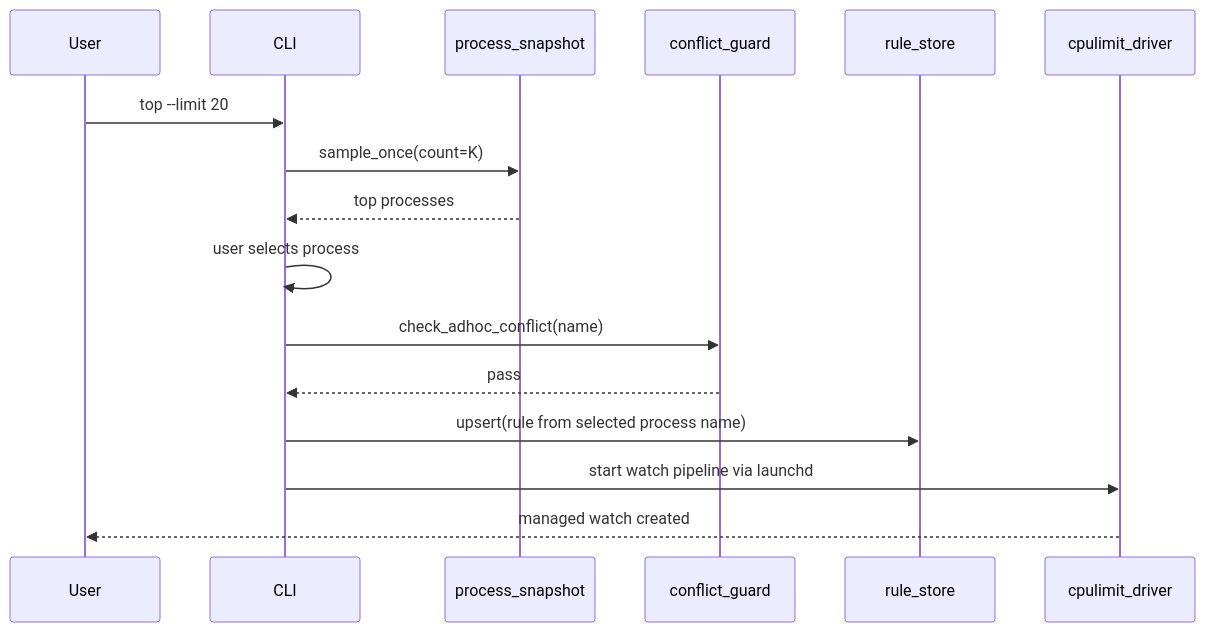
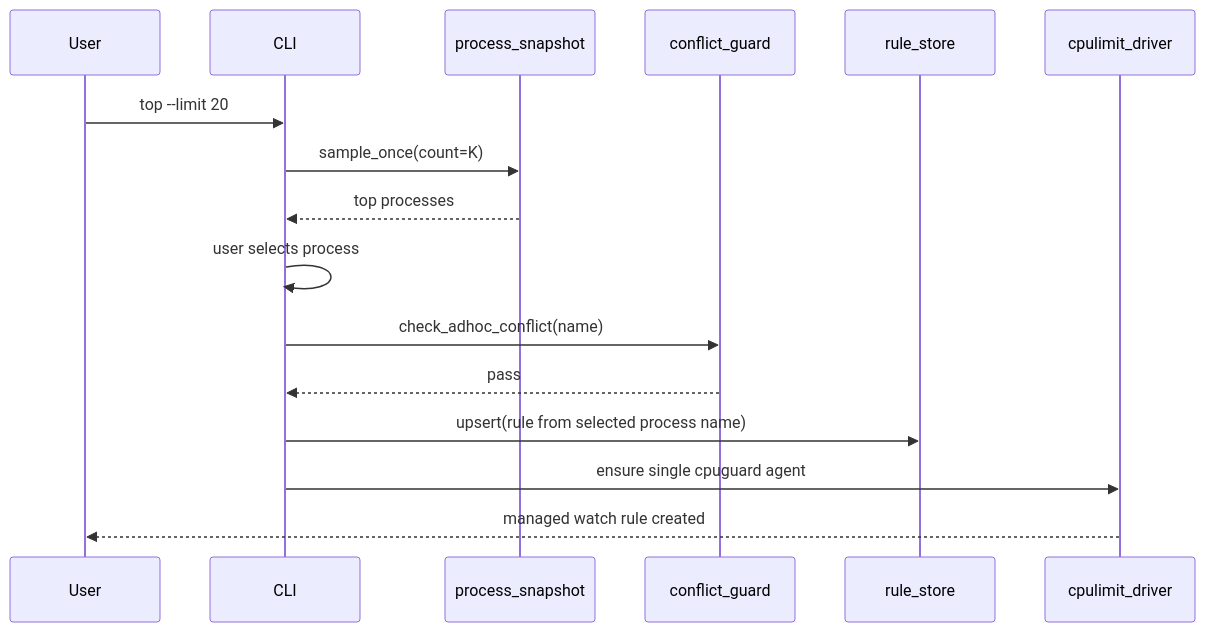
Before and after one commit to hxy91819/cpuguard: the fourth of 6 diagrams in docs/02-architecture.md, drawn with Mermaid. The commit also changed other lines of this file and 21 other files, not shown here.

Commit message:
Implement single-agent CPU guard watches

````diff
--- a/docs/02-architecture.md
+++ b/docs/02-architecture.md
@@ -51,19 +79,19 @@
 ```mermaid
 sequenceDiagram
     participant U as User
     participant C as CLI
     participant P as process_snapshot
     participant G as conflict_guard
     participant R as rule_store
     participant D as cpulimit_driver
 
     U->>C: top --limit 20
     C->>P: sample_once(count=K)
     P-->>C: top processes
     C->>C: user selects process
     C->>G: check_adhoc_conflict(name)
     G-->>C: pass
     C->>R: upsert(rule from selected process name)
-    C->>D: start watch pipeline via launchd
-    D-->>U: managed watch created
+    C->>D: ensure single cpuguard agent
+    D-->>U: managed watch rule created
 ```
````
